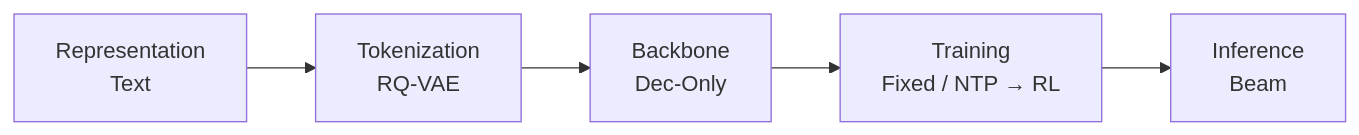
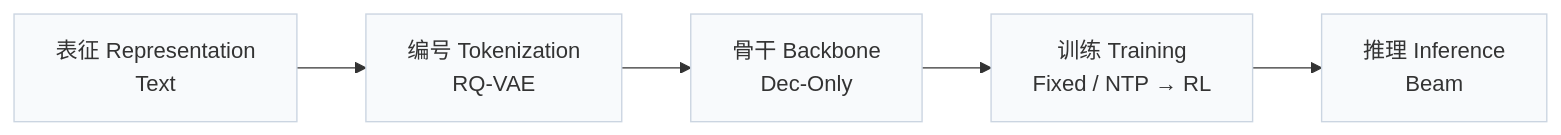
One commit to Galaxy-ghost/Awesome-SID-Generative-Rec changed the first of 3 diagrams in pages/zh/papers/minionerec.md. Above: the diagram before and after it, drawn with Mermaid. The commit also changed other lines of this file and 649 other files, not shown here.

Commit message:
writer-05: also tags and modality index (schema, check, build, visuals); summary field removed; calibration data for 12 papers

````diff
--- a/pages/zh/papers/minionerec.md
+++ b/pages/zh/papers/minionerec.md
@@ -13,4 +15,6 @@
 ```mermaid
 flowchart LR
-    R["Representation<br/>Text"] --> T["Tokenization<br/>RQ-VAE"] --> B["Backbone<br/>Dec-Only"] --> TR["Training<br/>Fixed / NTP → RL"] --> I["Inference<br/>Beam"]
+    R["表征 Representation<br/>Text"] --> T["编号 Tokenization<br/>RQ-VAE"] --> B["骨干 Backbone<br/>Dec-Only"] --> TR["训练 Training<br/>Fixed / NTP → RL"] --> I["推理 Inference<br/>Beam"]
+    classDef base fill:#f8fafc,stroke:#cbd5e1
+    class R,T,B,TR,I base
 ```
````
